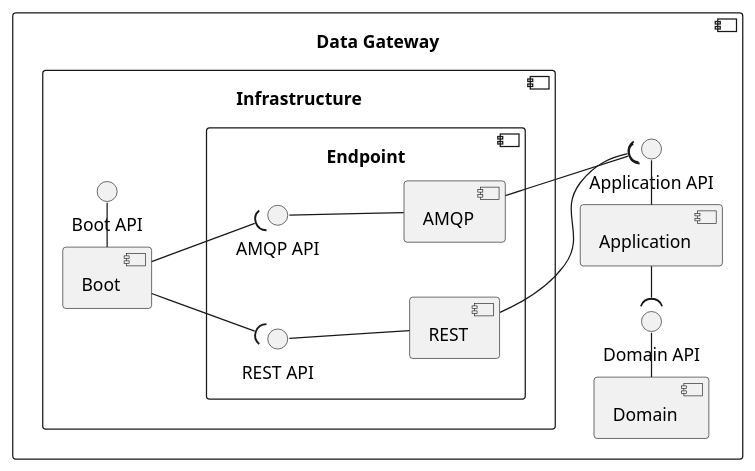
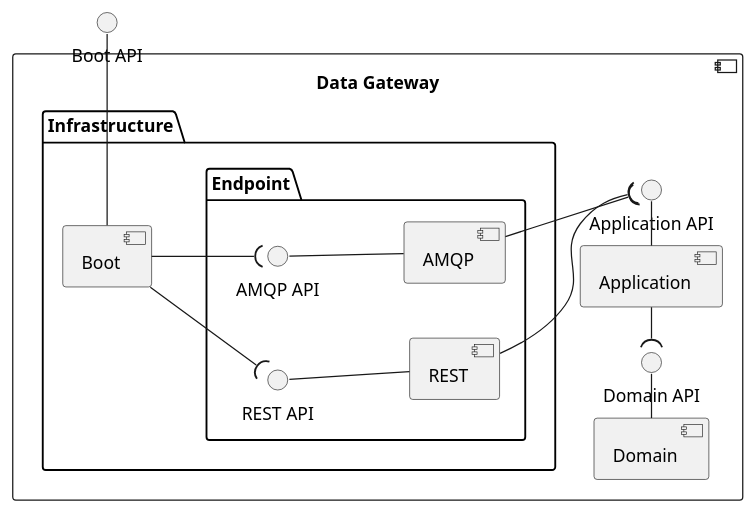
One commit to FilipeMCruz/dissertation changed the diagram in assets/diagrams/design/architectural/level3/logical/data-gateway.pu. Above: the diagram before and after it, drawn with PlantUML. The commit also changed 296 other files, not shown here.

```diff
--- a/assets/diagrams/design/architectural/level3/logical/data-gateway.pu
+++ b/assets/diagrams/design/architectural/level3/logical/data-gateway.pu
@@ -1,35 +1,36 @@
 @startuml data-gateway
 
 left to right direction
 
+interface "Boot API" as BOOT_API
+
 component "Data Gateway" {
     component "Domain" as DOM
     component "Application" as APP
-    component "Infrastructure" as INFRA {
+    folder "Infrastructure" as INFRA {
         component "Boot" as BOOT
-        component "Endpoint" as ENDPOINT {
+        folder "Endpoint" as ENDPOINT {
             component "AMQP" as AMQP
             component "REST" as REST
             interface "AMQP API" as AMQP_API
             interface "REST API" as REST_API
         }
-        interface "Boot API" as BOOT_API
     }
     interface "Application API" as APP_API
     interface "Domain API" as DOM_API
 
     DOM - DOM_API
 
     AMQP_API -- AMQP
     REST_API -- REST
     APP - APP_API
 
     BOOT - BOOT_API
     DOM_API )- APP
     AMQP --( APP_API
     REST --( APP_API
     BOOT --( REST_API
     BOOT --( AMQP_API
 }
 
 @enduml
```
